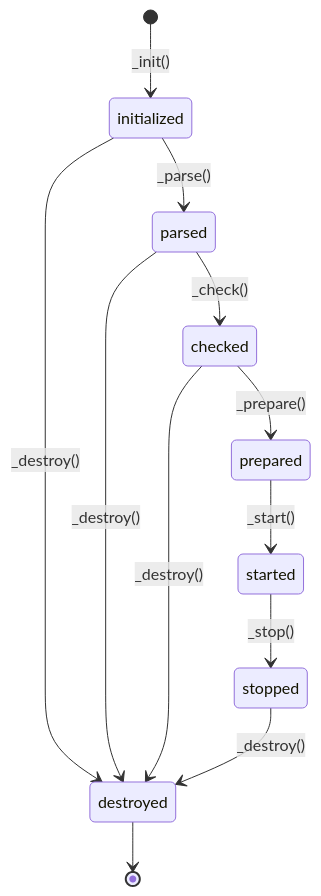
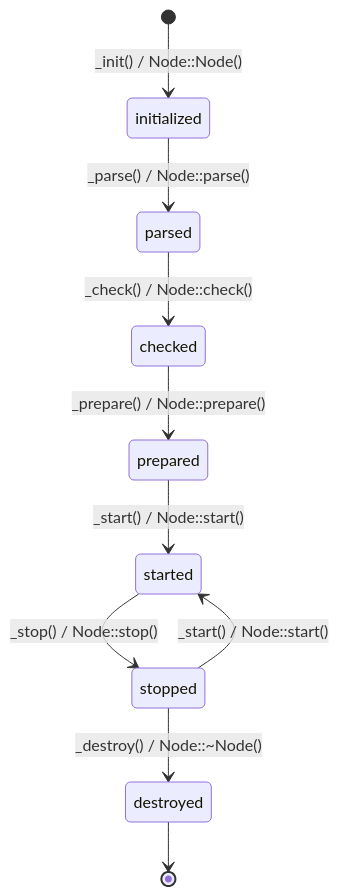
Before and after one commit to VILLASframework/documentation: the diagram in docs/node/development/index.md, drawn with Mermaid. The commit also changed other lines of this file and 2 other files, not shown here.

Commit message:
Improve installation and development docs

````diff
--- a/docs/node/development/index.md
+++ b/docs/node/development/index.md
@@ -26,14 +26,12 @@
 ```mermaid
     stateDiagram-v2
-        [*] --> initialized: _init()
-        initialized --> parsed: _parse()
-        initialized --> destroyed: _destroy()
-        parsed --> destroyed: _destroy()
-        parsed --> checked: _check()
-        checked --> destroyed: _destroy()
-        checked --> prepared: _prepare()
-        prepared --> started: _start()
-        started --> stopped: _stop()
-        stopped --> destroyed: _destroy()
+        [*] --> initialized: _init() / Node#58;#58;Node()
+        initialized --> parsed: _parse() / Node#58;#58;parse()
+        parsed --> checked: _check() / Node#58;#58;check()
+        checked --> prepared: _prepare() / Node#58;#58;prepare()
+        prepared --> started: _start() / Node#58;#58;start()
+        started --> stopped: _stop() / Node#58;#58;stop()
+        stopped --> started: _start() / Node#58;#58;start()
+        stopped --> destroyed: _destroy() / Node#58;#58;~Node()
         destroyed --> [*]
 ```
````
